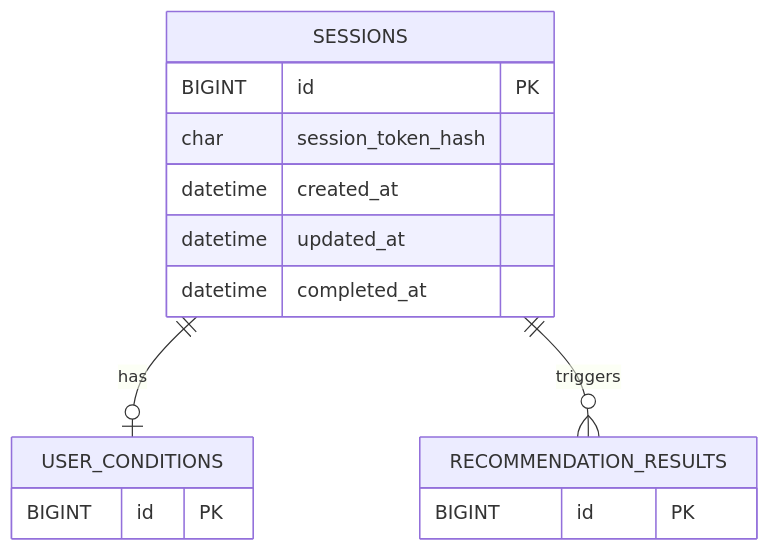
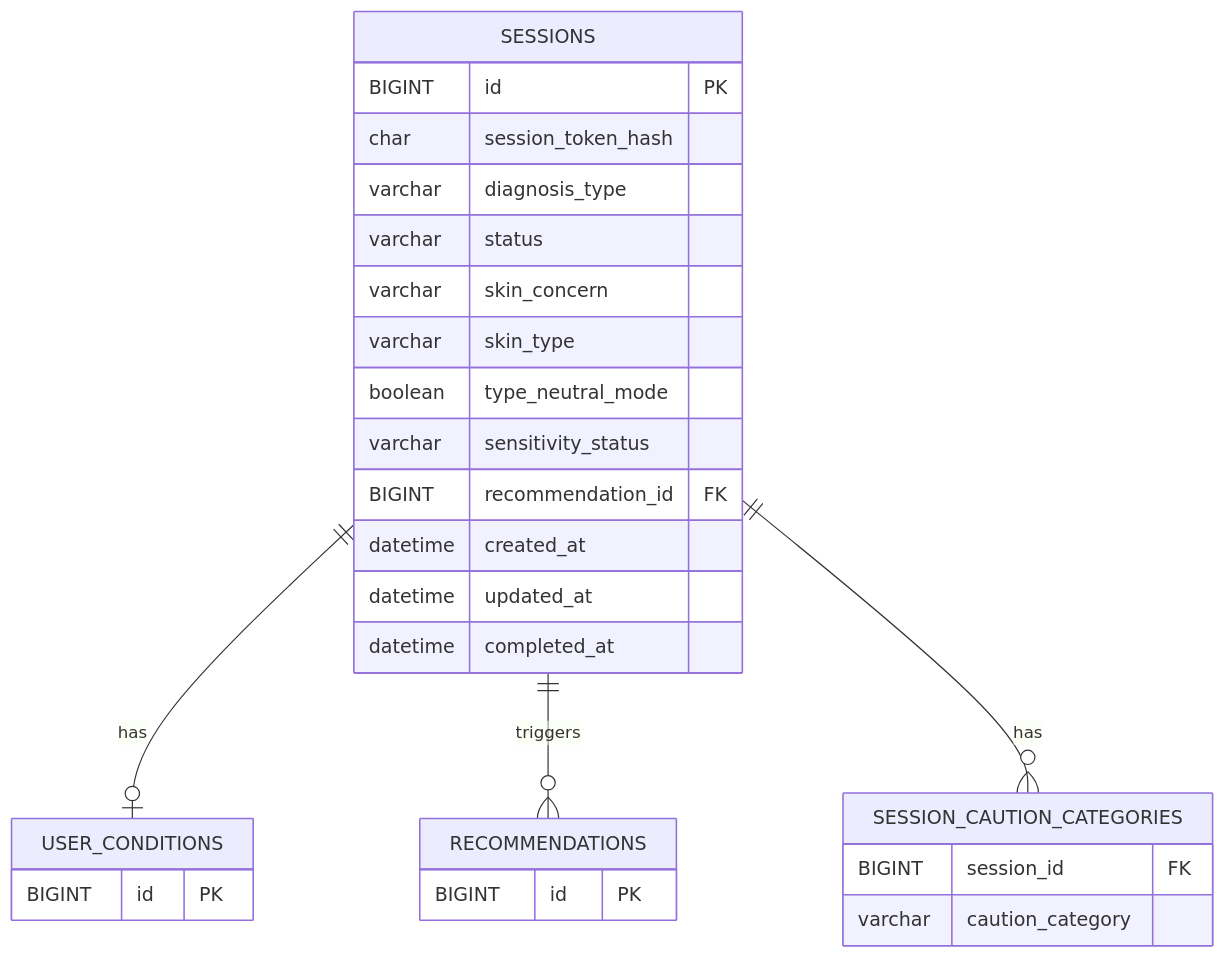
One commit to Leets-Official/K-Beauty-BE changed the diagram in docs/session-erd.md. Above: the diagram before and after it, drawn with Mermaid. The commit also changed other lines of this file and 25 other files, not shown here.

Commit message:
refactor: ERD-코드 정합성 동기화 및 리뷰 반영(1차)

````diff
--- a/docs/session-erd.md
+++ b/docs/session-erd.md
@@ -5,21 +5,34 @@
 ```mermaid
 erDiagram
     SESSIONS ||--o| USER_CONDITIONS : has
-    SESSIONS ||--o{ RECOMMENDATION_RESULTS : triggers
+    SESSIONS ||--o{ RECOMMENDATIONS : triggers
+    SESSIONS ||--o{ SESSION_CAUTION_CATEGORIES : has
 
     SESSIONS {
       BIGINT id PK
       char session_token_hash
+      varchar diagnosis_type
+      varchar status
+      varchar skin_concern
+      varchar skin_type
+      boolean type_neutral_mode
+      varchar sensitivity_status
+      BIGINT recommendation_id FK
       datetime created_at
       datetime updated_at
       datetime completed_at
+    }
+
+    SESSION_CAUTION_CATEGORIES {
+      BIGINT session_id FK
+      varchar caution_category
     }
 
     USER_CONDITIONS {
       BIGINT id PK
     }
 
-    RECOMMENDATION_RESULTS {
+    RECOMMENDATIONS {
       BIGINT id PK
     }
 ```
````
